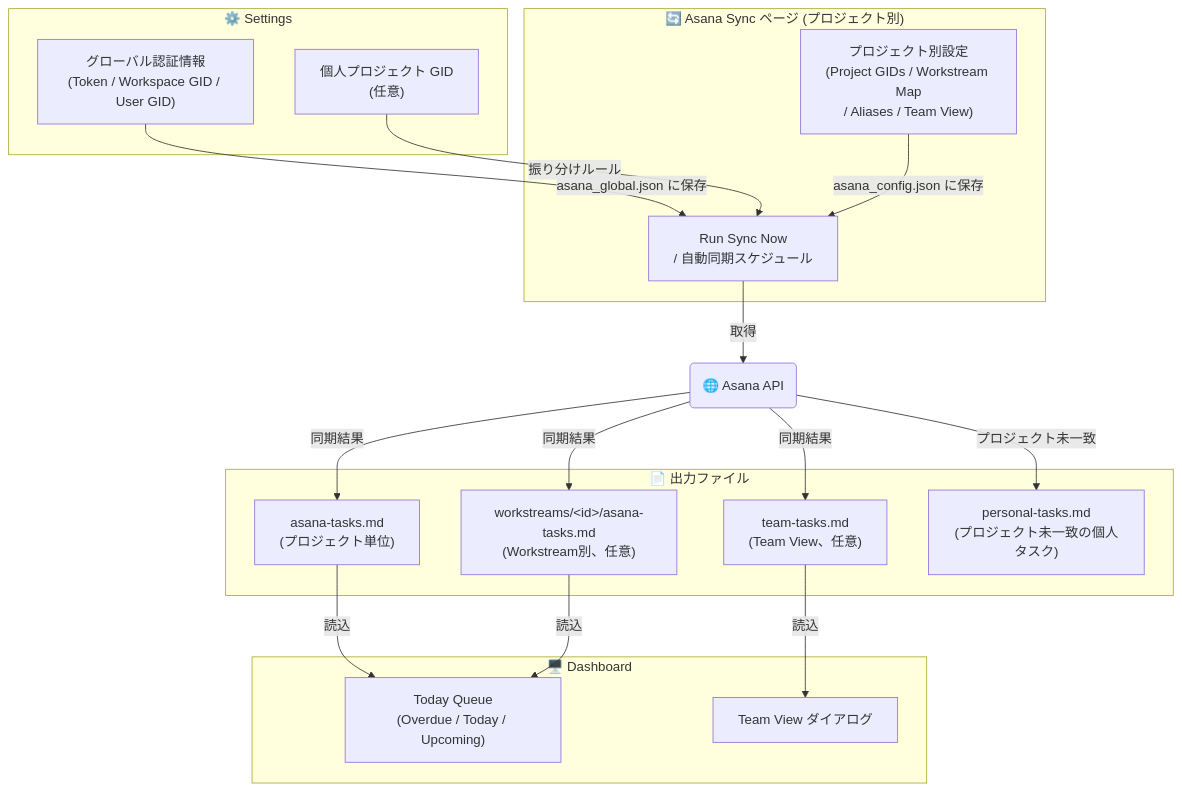
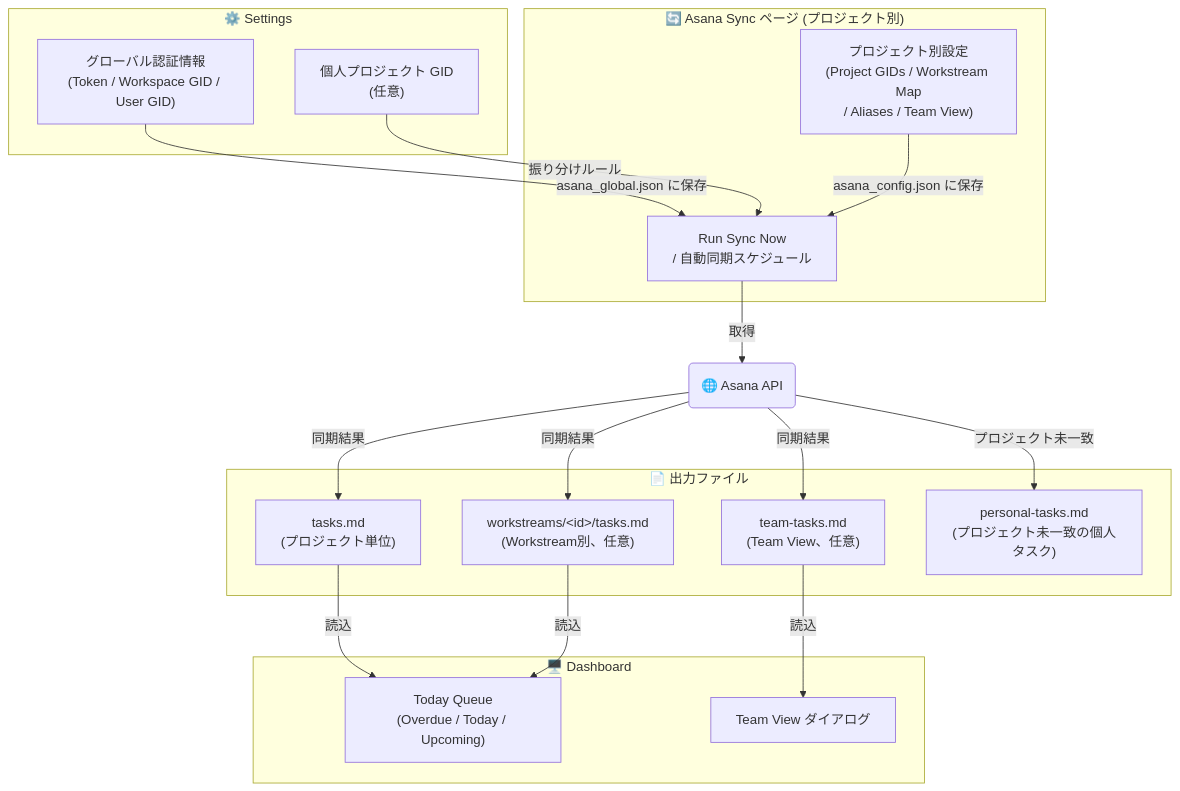
One commit to yt3trees/ProjectCurator changed the diagram in docs/asana-setup-ja.md. Above: the diagram before and after it, drawn with Mermaid. The commit also changed other lines of this file and 34 other files, not shown here.

````diff
--- a/docs/asana-setup-ja.md
+++ b/docs/asana-setup-ja.md
@@ -9,38 +9,38 @@
 ```mermaid
 flowchart TD
     AsanaAPI("🌐 Asana API")
 
     subgraph Settings ["⚙️ Settings"]
         GlobalCreds["グローバル認証情報<br/>(Token / Workspace GID / User GID)"]
         PersonalGIDs["個人プロジェクト GID<br/>(任意)"]
     end
 
     subgraph AsanaSyncPage ["🔄 Asana Sync ページ (プロジェクト別)"]
         PerProjectCfg["プロジェクト別設定<br/>(Project GIDs / Workstream Map<br/>/ Aliases / Team View)"]
         RunSync["Run Sync Now<br/>/ 自動同期スケジュール"]
     end
 
     subgraph OutputFiles ["📄 出力ファイル"]
-        ProjectTasks["asana-tasks.md<br/>(プロジェクト単位)"]
-        WSTasks["workstreams/&lt;id&gt;/asana-tasks.md<br/>(Workstream別、任意)"]
+        ProjectTasks["tasks.md<br/>(プロジェクト単位)"]
+        WSTasks["workstreams/&lt;id&gt;/tasks.md<br/>(Workstream別、任意)"]
         TeamTasks["team-tasks.md<br/>(Team View、任意)"]
         PersonalTasks["personal-tasks.md<br/>(プロジェクト未一致の個人タスク)"]
     end
 
     subgraph Dashboard ["🖥️ Dashboard"]
         TodayQueue["Today Queue<br/>(Overdue / Today / Upcoming)"]
         TeamView["Team View ダイアログ"]
     end
 
     GlobalCreds -->|"asana_global.json に保存"| RunSync
     PersonalGIDs -->|"振り分けルール"| RunSync
     PerProjectCfg -->|"asana_config.json に保存"| RunSync
     RunSync -->|"取得"| AsanaAPI
     AsanaAPI -->|"同期結果"| ProjectTasks
     AsanaAPI -->|"同期結果"| WSTasks
     AsanaAPI -->|"同期結果"| TeamTasks
     AsanaAPI -->|"プロジェクト未一致"| PersonalTasks
     ProjectTasks -->|"読込"| TodayQueue
     WSTasks -->|"読込"| TodayQueue
     TeamTasks -->|"読込"| TeamView
 ```
````
